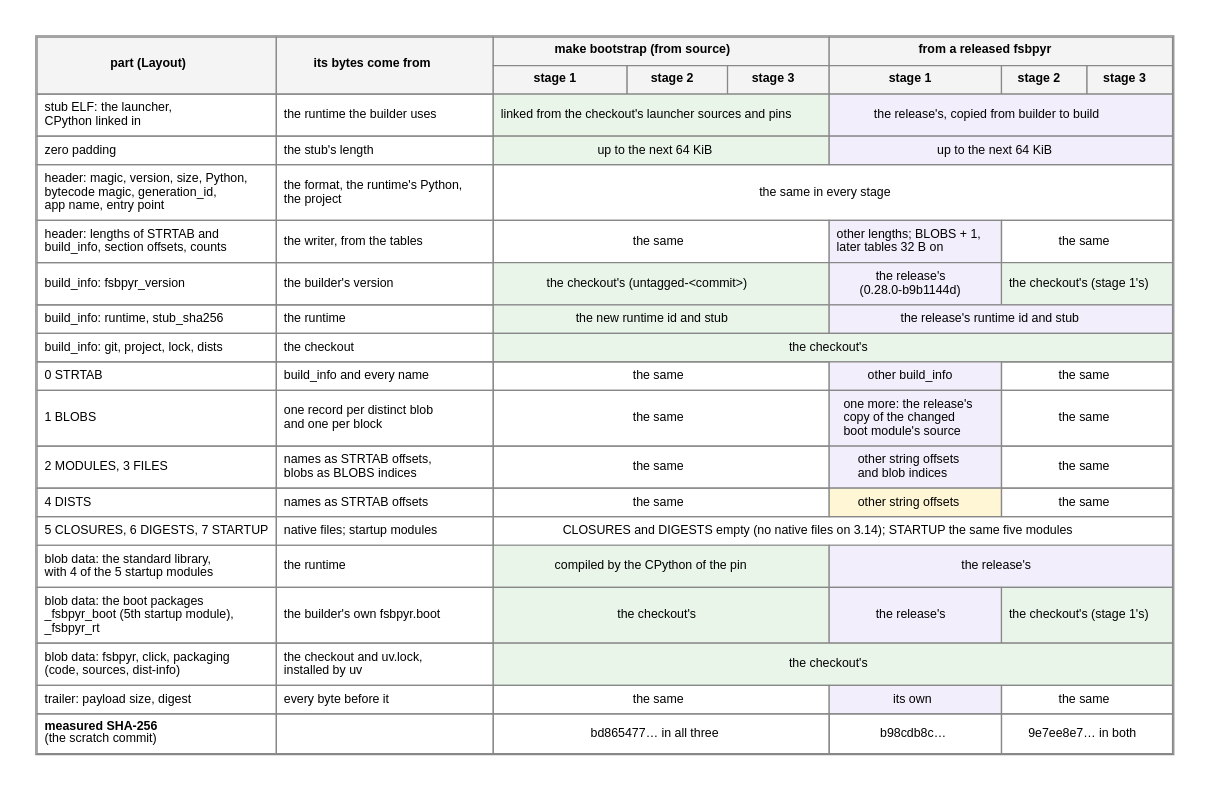
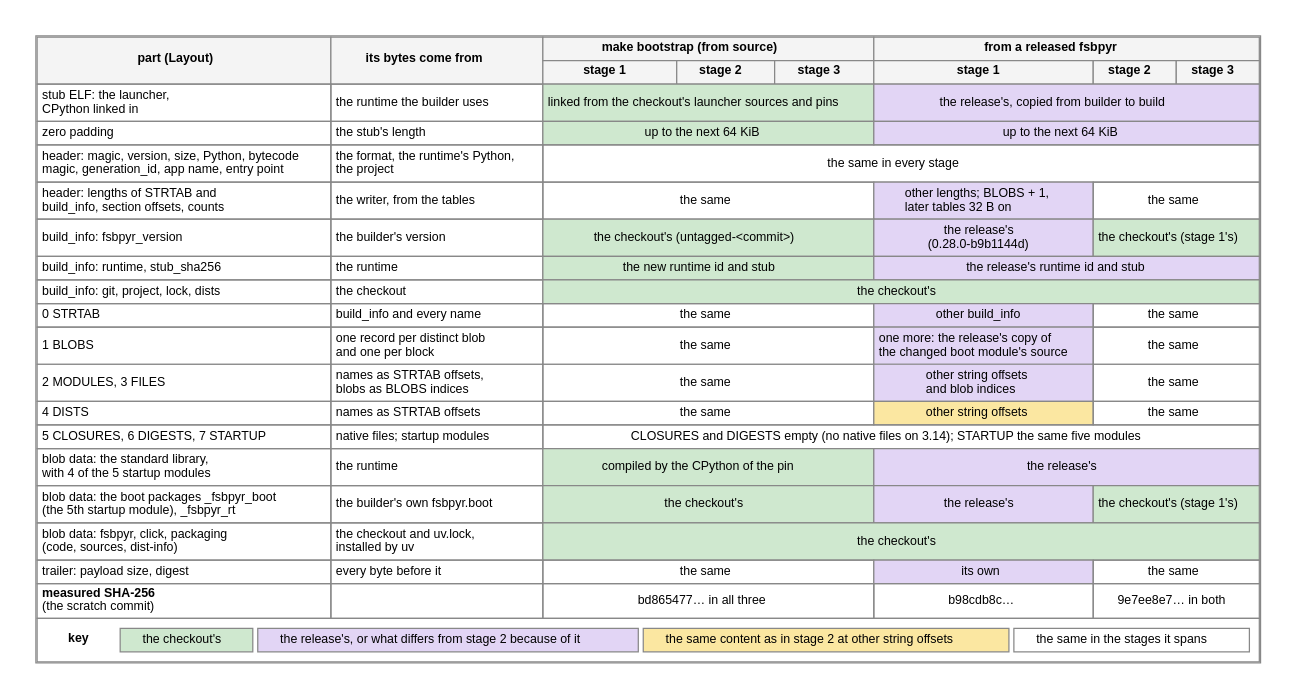
One commit to devitops-com/fsbpyr changed the diagram in wiki/diagrams/self-hosting-layout.dot. Above: the diagram before and after it, drawn with Graphviz. The commit also changed 4 other files, not shown here.

First line of the commit message:
docs: the self-hosting layout table on a landscape PDF page, in colours that show

```diff
--- a/wiki/diagrams/self-hosting-layout.dot
+++ b/wiki/diagrams/self-hosting-layout.dot
@@ -1,139 +1,155 @@
 // The parts of an fsbpyr executable (wiki/Dev-Executable-Format.md, Layout) in the three
 // stages of fsbpyr's self-hosting build (wiki/Dev-Self-Hosting.md): where each part's bytes
 // come from, from source (make bootstrap) and from a released fsbpyr whose launcher sources and
 // boot code differ from the checkout's. Measured on 2026-10-28 with the 0.28.0 release for
 // CPython 3.14 on x86-64 and a scratch commit on main that changed a boot module's docstring and
 // added a comment line to launcher/main.c (every header field, table record and blob compared
 // with fsbpyr's payload reader).
 // Green: the checkout's. Purple: the release's, or what differs from stage 2 because of it.
 // Yellow: the same content as in stage 2 at other string offsets, because a string before it has
-// another length. White: the same in the stages it spans.
+// another length. White: the same in the stages it spans. The fills are stronger than the
+// wiki's node fills because the cells have no coloured borders; the last row is the key.
+// class="landscape": the PDF shows the figure on a landscape page of its own (wiki.lua); the
+// web page is not affected.
 digraph self_hosting_layout {
-  graph [fontname="Helvetica" fontsize=11 bgcolor="white" pad=0.3];
+  graph [fontname="Helvetica" fontsize=11 bgcolor="white" pad=0.3 class="landscape"];
   node [fontname="Helvetica" fontsize=10 shape=plain];
 
   layout [label=<
-<TABLE BORDER="1" CELLBORDER="1" CELLSPACING="0" CELLPADDING="5" COLOR="#888888">
+<TABLE BORDER="1" CELLBORDER="1" CELLSPACING="0" CELLPADDING="3" COLOR="#888888">
   <TR>
     <TD BGCOLOR="#f4f4f4" ROWSPAN="2"><B>part (Layout)</B></TD>
     <TD BGCOLOR="#f4f4f4" ROWSPAN="2"><B>its bytes come from</B></TD>
     <TD BGCOLOR="#f4f4f4" COLSPAN="3"><B>make bootstrap (from source)</B></TD>
     <TD BGCOLOR="#f4f4f4" COLSPAN="3"><B>from a released fsbpyr</B></TD>
   </TR>
   <TR>
     <TD BGCOLOR="#f4f4f4"><B>stage 1</B></TD>
     <TD BGCOLOR="#f4f4f4"><B>stage 2</B></TD>
     <TD BGCOLOR="#f4f4f4"><B>stage 3</B></TD>
     <TD BGCOLOR="#f4f4f4"><B>stage 1</B></TD>
     <TD BGCOLOR="#f4f4f4"><B>stage 2</B></TD>
     <TD BGCOLOR="#f4f4f4"><B>stage 3</B></TD>
   </TR>
   <TR>
     <TD ALIGN="LEFT" BALIGN="LEFT">stub ELF: the launcher,<BR/>CPython linked in</TD>
     <TD ALIGN="LEFT">the runtime the builder uses</TD>
-    <TD COLSPAN="3" BGCOLOR="#eaf5ea">linked from the checkout's launcher sources and pins</TD>
-    <TD COLSPAN="3" BGCOLOR="#f3eefb">the release's, copied from builder to build</TD>
+    <TD COLSPAN="3" BGCOLOR="#cfe8cf">linked from the checkout's launcher sources and pins</TD>
+    <TD COLSPAN="3" BGCOLOR="#e2d5f5">the release's, copied from builder to build</TD>
   </TR>
   <TR>
     <TD ALIGN="LEFT">zero padding</TD>
     <TD ALIGN="LEFT">the stub's length</TD>
-    <TD COLSPAN="3" BGCOLOR="#eaf5ea">up to the next 64 KiB</TD>
-    <TD COLSPAN="3" BGCOLOR="#f3eefb">up to the next 64 KiB</TD>
+    <TD COLSPAN="3" BGCOLOR="#cfe8cf">up to the next 64 KiB</TD>
+    <TD COLSPAN="3" BGCOLOR="#e2d5f5">up to the next 64 KiB</TD>
   </TR>
   <TR>
-    <TD ALIGN="LEFT" BALIGN="LEFT">header: magic, version, size, Python,<BR/>bytecode magic, generation_id,<BR/>app name, entry point</TD>
+    <TD ALIGN="LEFT" BALIGN="LEFT">header: magic, version, size, Python, bytecode<BR/>magic, generation_id, app name, entry point</TD>
     <TD ALIGN="LEFT" BALIGN="LEFT">the format, the runtime's Python,<BR/>the project</TD>
     <TD COLSPAN="6">the same in every stage</TD>
   </TR>
   <TR>
     <TD ALIGN="LEFT" BALIGN="LEFT">header: lengths of STRTAB and<BR/>build_info, section offsets, counts</TD>
     <TD ALIGN="LEFT" BALIGN="LEFT">the writer, from the tables</TD>
     <TD COLSPAN="3">the same</TD>
-    <TD BGCOLOR="#f3eefb" BALIGN="LEFT">other lengths; BLOBS + 1,<BR/>later tables 32 B on</TD>
+    <TD BGCOLOR="#e2d5f5" BALIGN="LEFT">other lengths; BLOBS + 1,<BR/>later tables 32 B on</TD>
     <TD COLSPAN="2">the same</TD>
   </TR>
   <TR>
     <TD ALIGN="LEFT" BALIGN="LEFT">build_info: fsbpyr_version</TD>
     <TD ALIGN="LEFT">the builder's version</TD>
-    <TD COLSPAN="3" BGCOLOR="#eaf5ea">the checkout's (untagged-&lt;commit&gt;)</TD>
-    <TD BGCOLOR="#f3eefb">the release's<BR/>(0.28.0-b9b1144d)</TD>
-    <TD COLSPAN="2" BGCOLOR="#eaf5ea">the checkout's (stage 1's)</TD>
+    <TD COLSPAN="3" BGCOLOR="#cfe8cf">the checkout's (untagged-&lt;commit&gt;)</TD>
+    <TD BGCOLOR="#e2d5f5">the release's<BR/>(0.28.0-b9b1144d)</TD>
+    <TD COLSPAN="2" BGCOLOR="#cfe8cf">the checkout's (stage 1's)</TD>
   </TR>
   <TR>
     <TD ALIGN="LEFT" BALIGN="LEFT">build_info: runtime, stub_sha256</TD>
     <TD ALIGN="LEFT">the runtime</TD>
-    <TD COLSPAN="3" BGCOLOR="#eaf5ea">the new runtime id and stub</TD>
-    <TD COLSPAN="3" BGCOLOR="#f3eefb">the release's runtime id and stub</TD>
+    <TD COLSPAN="3" BGCOLOR="#cfe8cf">the new runtime id and stub</TD>
+    <TD COLSPAN="3" BGCOLOR="#e2d5f5">the release's runtime id and stub</TD>
   </TR>
   <TR>
     <TD ALIGN="LEFT" BALIGN="LEFT">build_info: git, project, lock, dists</TD>
     <TD ALIGN="LEFT">the checkout</TD>
-    <TD COLSPAN="6" BGCOLOR="#eaf5ea">the checkout's</TD>
+    <TD COLSPAN="6" BGCOLOR="#cfe8cf">the checkout's</TD>
   </TR>
   <TR>
     <TD ALIGN="LEFT">0 STRTAB</TD>
     <TD ALIGN="LEFT" BALIGN="LEFT">build_info and every name</TD>
     <TD COLSPAN="3">the same</TD>
-    <TD BGCOLOR="#f3eefb">other build_info</TD>
+    <TD BGCOLOR="#e2d5f5">other build_info</TD>
     <TD COLSPAN="2">the same</TD>
   </TR>
   <TR>
     <TD ALIGN="LEFT">1 BLOBS</TD>
     <TD ALIGN="LEFT" BALIGN="LEFT">one record per distinct blob<BR/>and one per block</TD>
     <TD COLSPAN="3">the same</TD>
-    <TD BGCOLOR="#f3eefb" BALIGN="LEFT">one more: the release's<BR/>copy of the changed<BR/>boot module's source</TD>
+    <TD BGCOLOR="#e2d5f5" BALIGN="LEFT">one more: the release's copy of<BR/>the changed boot module's source</TD>
     <TD COLSPAN="2">the same</TD>
   </TR>
   <TR>
     <TD ALIGN="LEFT" BALIGN="LEFT">2 MODULES, 3 FILES</TD>
     <TD ALIGN="LEFT" BALIGN="LEFT">names as STRTAB offsets,<BR/>blobs as BLOBS indices</TD>
     <TD COLSPAN="3">the same</TD>
-    <TD BGCOLOR="#f3eefb" BALIGN="LEFT">other string offsets<BR/>and blob indices</TD>
+    <TD BGCOLOR="#e2d5f5" BALIGN="LEFT">other string offsets<BR/>and blob indices</TD>
     <TD COLSPAN="2">the same</TD>
   </TR>
   <TR>
     <TD ALIGN="LEFT">4 DISTS</TD>
     <TD ALIGN="LEFT" BALIGN="LEFT">names as STRTAB offsets</TD>
     <TD COLSPAN="3">the same</TD>
-    <TD BGCOLOR="#fff6d5">other string offsets</TD>
+    <TD BGCOLOR="#fbe7a1">other string offsets</TD>
     <TD COLSPAN="2">the same</TD>
   </TR>
   <TR>
     <TD ALIGN="LEFT" BALIGN="LEFT">5 CLOSURES, 6 DIGESTS, 7 STARTUP</TD>
     <TD ALIGN="LEFT" BALIGN="LEFT">native files; startup modules</TD>
     <TD COLSPAN="6">CLOSURES and DIGESTS empty (no native files on 3.14); STARTUP the same five modules</TD>
   </TR>
   <TR>
     <TD ALIGN="LEFT" BALIGN="LEFT">blob data: the standard library,<BR/>with 4 of the 5 startup modules</TD>
     <TD ALIGN="LEFT">the runtime</TD>
-    <TD COLSPAN="3" BGCOLOR="#eaf5ea" BALIGN="LEFT">compiled by the CPython of the pin</TD>
-    <TD COLSPAN="3" BGCOLOR="#f3eefb">the release's</TD>
+    <TD COLSPAN="3" BGCOLOR="#cfe8cf" BALIGN="LEFT">compiled by the CPython of the pin</TD>
+    <TD COLSPAN="3" BGCOLOR="#e2d5f5">the release's</TD>
   </TR>
   <TR>
-    <TD ALIGN="LEFT" BALIGN="LEFT">blob data: the boot packages<BR/>_fsbpyr_boot (5th startup module),<BR/>_fsbpyr_rt</TD>
+    <TD ALIGN="LEFT" BALIGN="LEFT">blob data: the boot packages _fsbpyr_boot<BR/>(the 5th startup module), _fsbpyr_rt</TD>
     <TD ALIGN="LEFT" BALIGN="LEFT">the builder's own fsbpyr.boot</TD>
-    <TD COLSPAN="3" BGCOLOR="#eaf5ea">the checkout's</TD>
-    <TD BGCOLOR="#f3eefb">the release's</TD>
-    <TD COLSPAN="2" BGCOLOR="#eaf5ea">the checkout's (stage 1's)</TD>
+    <TD COLSPAN="3" BGCOLOR="#cfe8cf">the checkout's</TD>
+    <TD BGCOLOR="#e2d5f5">the release's</TD>
+    <TD COLSPAN="2" BGCOLOR="#cfe8cf">the checkout's (stage 1's)</TD>
   </TR>
   <TR>
     <TD ALIGN="LEFT" BALIGN="LEFT">blob data: fsbpyr, click, packaging<BR/>(code, sources, dist-info)</TD>
     <TD ALIGN="LEFT" BALIGN="LEFT">the checkout and uv.lock,<BR/>installed by uv</TD>
-    <TD COLSPAN="6" BGCOLOR="#eaf5ea">the checkout's</TD>
+    <TD COLSPAN="6" BGCOLOR="#cfe8cf">the checkout's</TD>
   </TR>
   <TR>
     <TD ALIGN="LEFT">trailer: payload size, digest</TD>
     <TD ALIGN="LEFT">every byte before it</TD>
     <TD COLSPAN="3">the same</TD>
-    <TD BGCOLOR="#f3eefb">its own</TD>
+    <TD BGCOLOR="#e2d5f5">its own</TD>
     <TD COLSPAN="2">the same</TD>
   </TR>
   <TR>
     <TD ALIGN="LEFT" BALIGN="LEFT"><B>measured SHA-256</B><BR/>(the scratch commit)</TD>
     <TD ALIGN="LEFT"></TD>
     <TD COLSPAN="3">bd865477… in all three</TD>
     <TD>b98cdb8c…</TD>
     <TD COLSPAN="2">9e7ee8e7… in both</TD>
   </TR>
+  <TR>
+    <TD COLSPAN="8" ALIGN="LEFT">
+      <TABLE BORDER="0" CELLBORDER="1" CELLSPACING="4" CELLPADDING="3" COLOR="#888888">
+        <TR>
+          <TD BORDER="0"><B>key</B></TD>
+          <TD BGCOLOR="#cfe8cf">the checkout's</TD>
+          <TD BGCOLOR="#e2d5f5">the release's, or what differs from stage 2 because of it</TD>
+          <TD BGCOLOR="#fbe7a1">the same content as in stage 2 at other string offsets</TD>
+          <TD>the same in the stages it spans</TD>
+        </TR>
+      </TABLE>
+    </TD>
+  </TR>
 </TABLE>>];
 }
```
